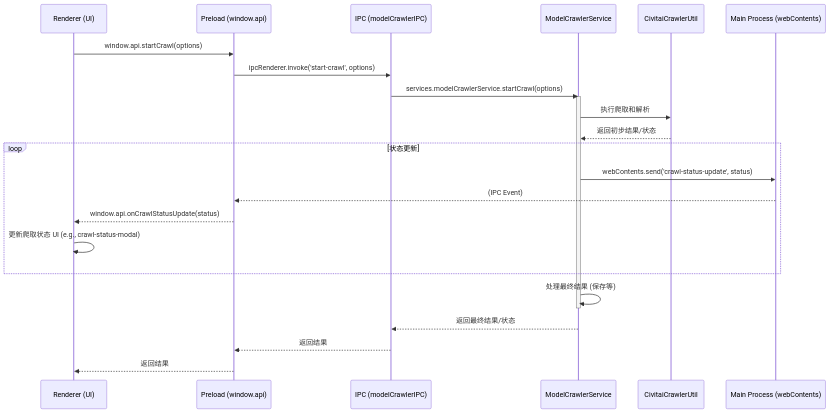
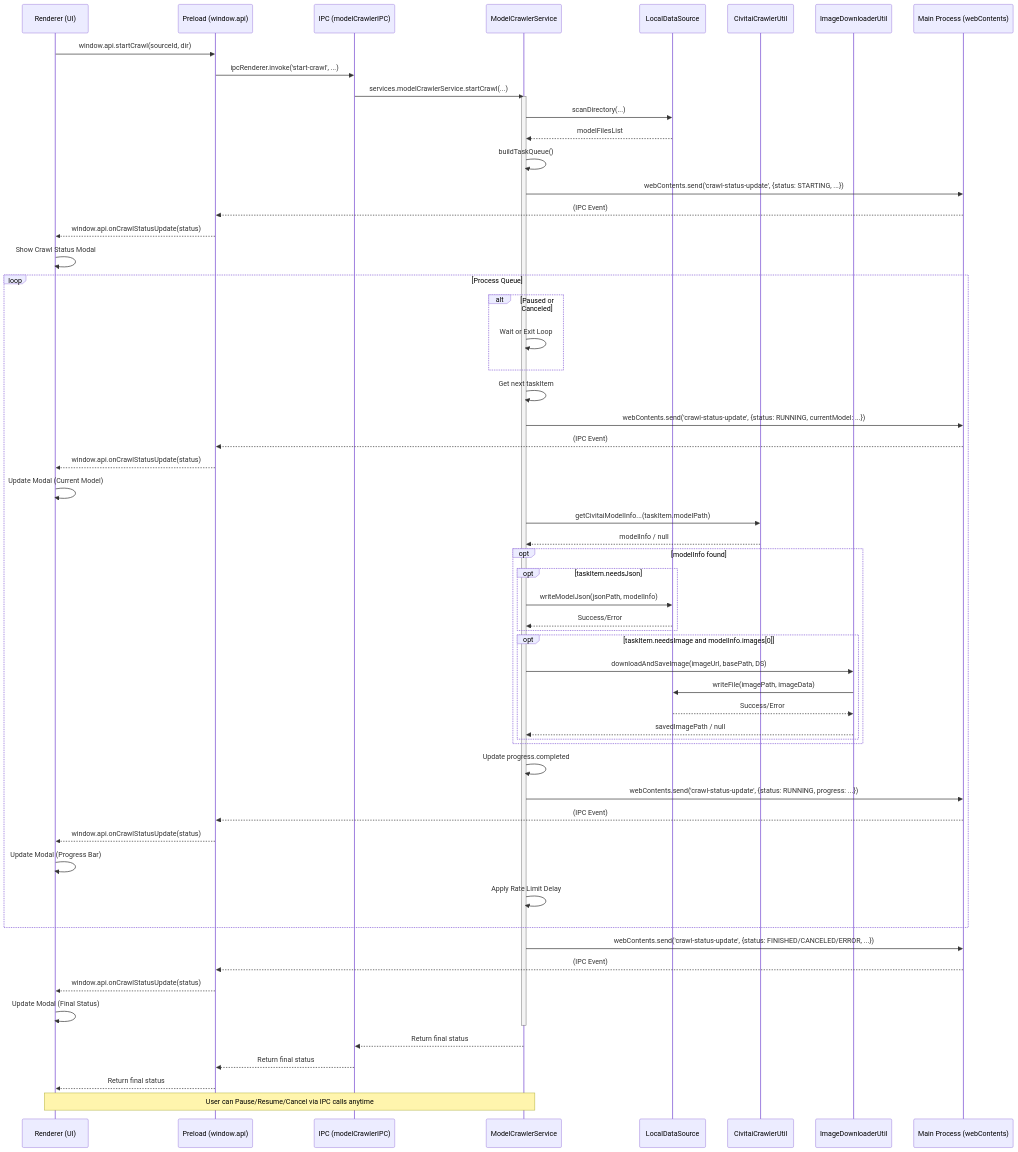
One commit to Runarry/ModelNest changed the third of 3 diagrams in doc/架构说明.md. Above: the diagram before and after it, drawn with Mermaid. The commit also changed other lines of this file, not shown here.

````diff
--- a/doc/架构说明.md
+++ b/doc/架构说明.md
@@ -201,27 +218,69 @@
     ```mermaid
     sequenceDiagram
         participant R as Renderer (UI)
         participant P as Preload (window.api)
         participant IPC as IPC (modelCrawlerIPC)
         participant MCS as ModelCrawlerService
+        participant DS as LocalDataSource
         participant CC as CivitaiCrawlerUtil
+        participant IDL as ImageDownloaderUtil
         participant Main as Main Process (webContents)
 
-        R->>P: window.api.startCrawl(options)
-        P->>IPC: ipcRenderer.invoke('start-crawl', options)
-        IPC->>MCS: services.modelCrawlerService.startCrawl(options)
+        R->>P: window.api.startCrawl(sourceId, dir)
+        P->>IPC: ipcRenderer.invoke('start-crawl', ...)
+        IPC->>MCS: services.modelCrawlerService.startCrawl(...)
         activate MCS
-        MCS->>CC: 执行爬取和解析
-        CC-->>MCS: 返回初步结果/状态
-        loop 状态更新
-            MCS->>Main: webContents.send('crawl-status-update', status)
+        MCS->>DS: scanDirectory(...)
+        DS-->>MCS: modelFilesList
+        MCS->>MCS: buildTaskQueue()
+        MCS->>Main: webContents.send('crawl-status-update', {status: STARTING, ...})
+        Main-->>P: (IPC Event)
+        P-->>R: window.api.onCrawlStatusUpdate(status)
+        R->>R: Show Crawl Status Modal
+
+        loop Process Queue
+            alt Paused or Canceled
+                MCS->>MCS: Wait or Exit Loop
+            end
+            MCS->>MCS: Get next taskItem
+            MCS->>Main: webContents.send('crawl-status-update', {status: RUNNING, currentModel: ...})
             Main-->>P: (IPC Event)
             P-->>R: window.api.onCrawlStatusUpdate(status)
-            R->>R: 更新爬取状态 UI (e.g., crawl-status-modal)
+            R->>R: Update Modal (Current Model)
+
+            MCS->>CC: getCivitaiModelInfo...(taskItem.modelPath)
+            CC-->>MCS: modelInfo / null
+
+            opt modelInfo found
+                opt taskItem.needsJson
+                    MCS->>DS: writeModelJson(jsonPath, modelInfo)
+                    DS-->>MCS: Success/Error
+                end
+                opt taskItem.needsImage and modelInfo.images[0]
+                    MCS->>IDL: downloadAndSaveImage(imageUrl, basePath, DS)
+                    IDL->>DS: writeFile(imagePath, imageData)
+                    DS-->>IDL: Success/Error
+                    IDL-->>MCS: savedImagePath / null
+                end
+            end
+
+            MCS->>MCS: Update progress.completed
+            MCS->>Main: webContents.send('crawl-status-update', {status: RUNNING, progress: ...})
+            Main-->>P: (IPC Event)
+            P-->>R: window.api.onCrawlStatusUpdate(status)
+            R->>R: Update Modal (Progress Bar)
+
+            MCS->>MCS: Apply Rate Limit Delay
         end
-        MCS->>MCS: 处理最终结果 (保存等)
+
+        MCS->>Main: webContents.send('crawl-status-update', {status: FINISHED/CANCELED/ERROR, ...})
+        Main-->>P: (IPC Event)
+        P-->>R: window.api.onCrawlStatusUpdate(status)
+        R->>R: Update Modal (Final Status)
         deactivate MCS
-        MCS-->>IPC: 返回最终结果/状态
-        IPC-->>P: 返回结果
-        P-->>R: 返回结果
+        MCS-->>IPC: Return final status
+        IPC-->>P: Return final status
+        P-->>R: Return final status
+
+        note over R, MCS: User can Pause/Resume/Cancel via IPC calls anytime
     ```
````
